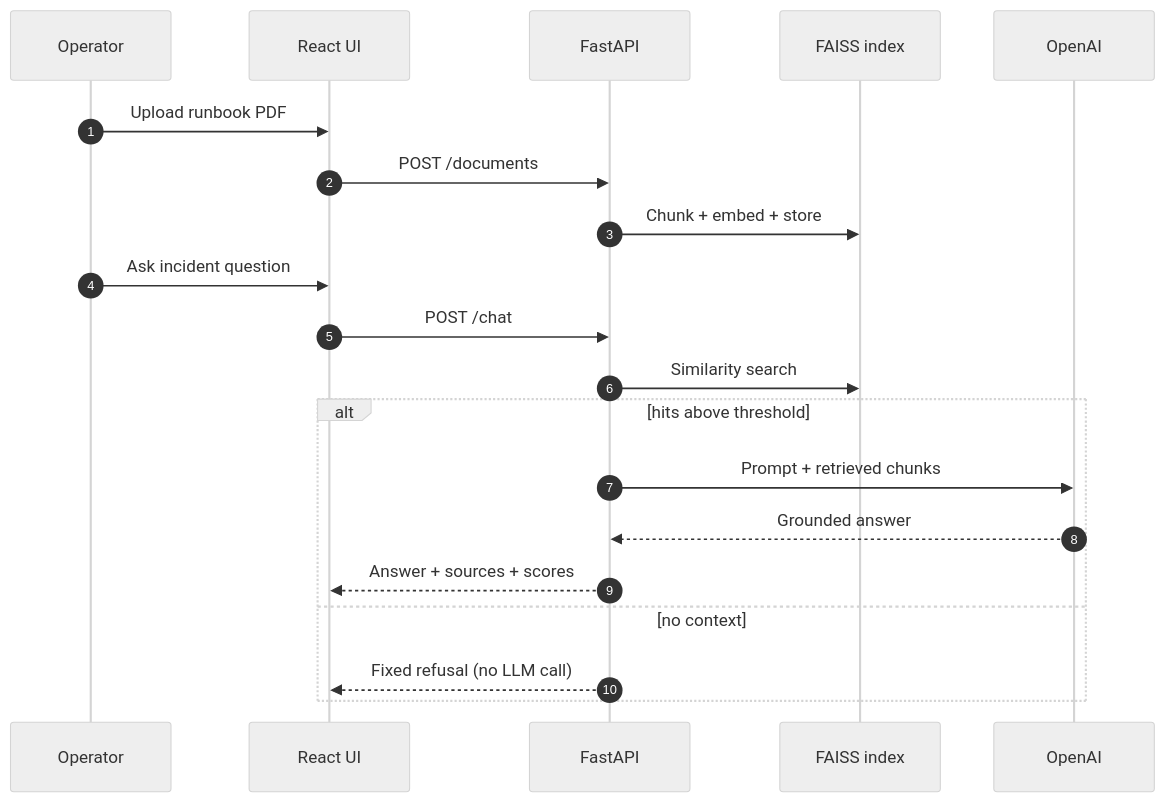
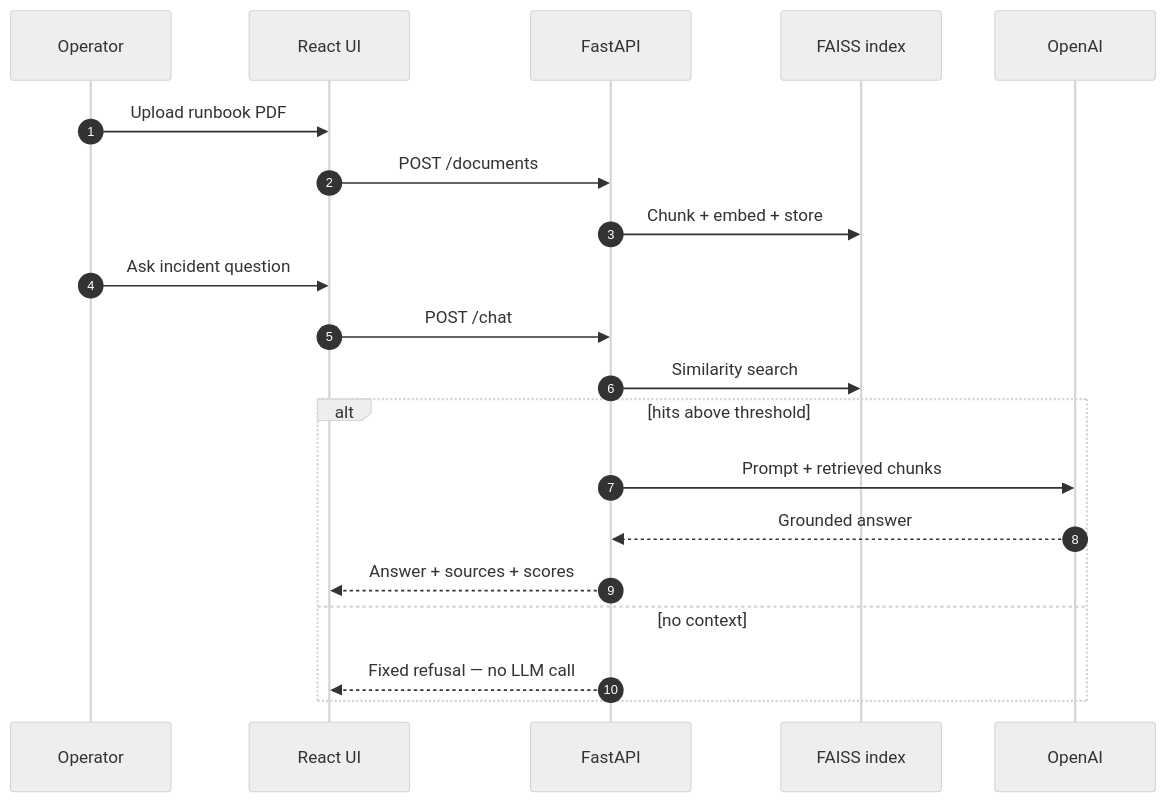
One commit to reem-mor/ai-engineering-portfolio changed the third of 5 diagrams in README.md. Above: the diagram before and after it, drawn with Mermaid (neutral theme). The commit also changed other lines of this file, not shown here.

````diff
--- a/README.md
+++ b/README.md
@@ -156,23 +223,23 @@
 ```mermaid
 sequenceDiagram
   autonumber
   participant U as Operator
   participant UI as React UI
   participant API as FastAPI
   participant IDX as FAISS index
   participant LLM as OpenAI
 
   U->>UI: Upload runbook PDF
   UI->>API: POST /documents
   API->>IDX: Chunk + embed + store
   U->>UI: Ask incident question
   UI->>API: POST /chat
   API->>IDX: Similarity search
   alt hits above threshold
     API->>LLM: Prompt + retrieved chunks
     LLM-->>API: Grounded answer
     API-->>UI: Answer + sources + scores
   else no context
-    API-->>UI: Fixed refusal (no LLM call)
+    API-->>UI: Fixed refusal — no LLM call
   end
 ```
````
